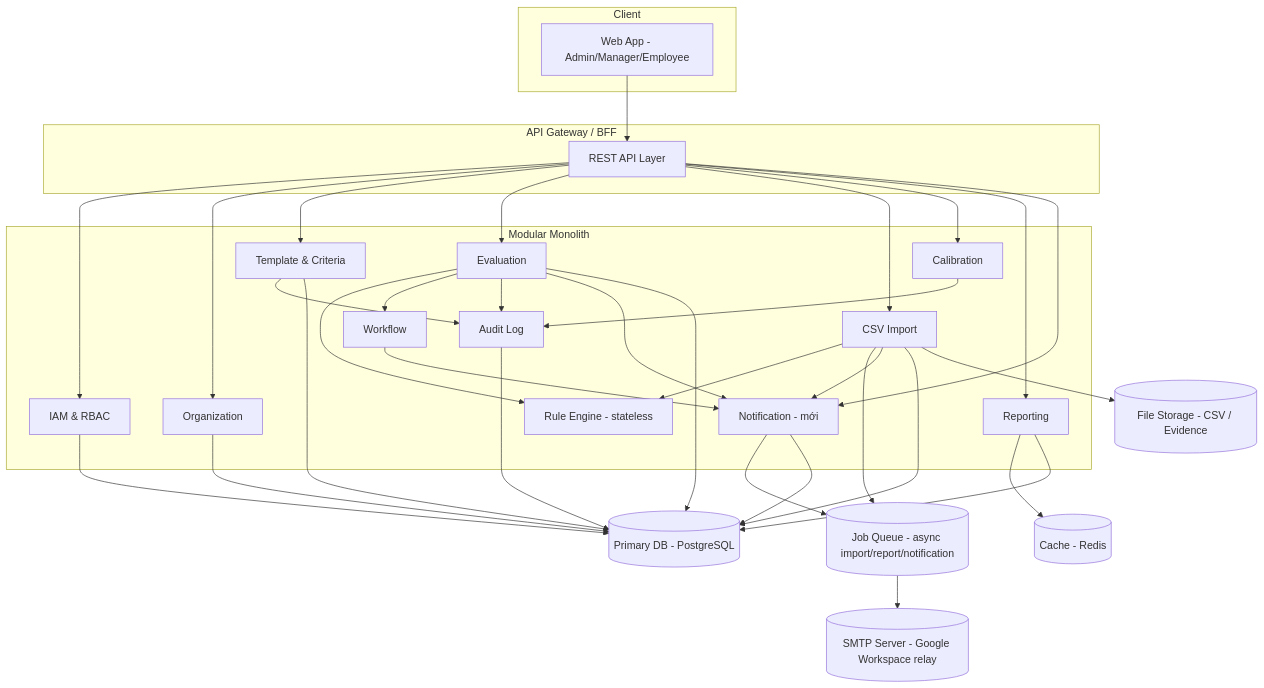
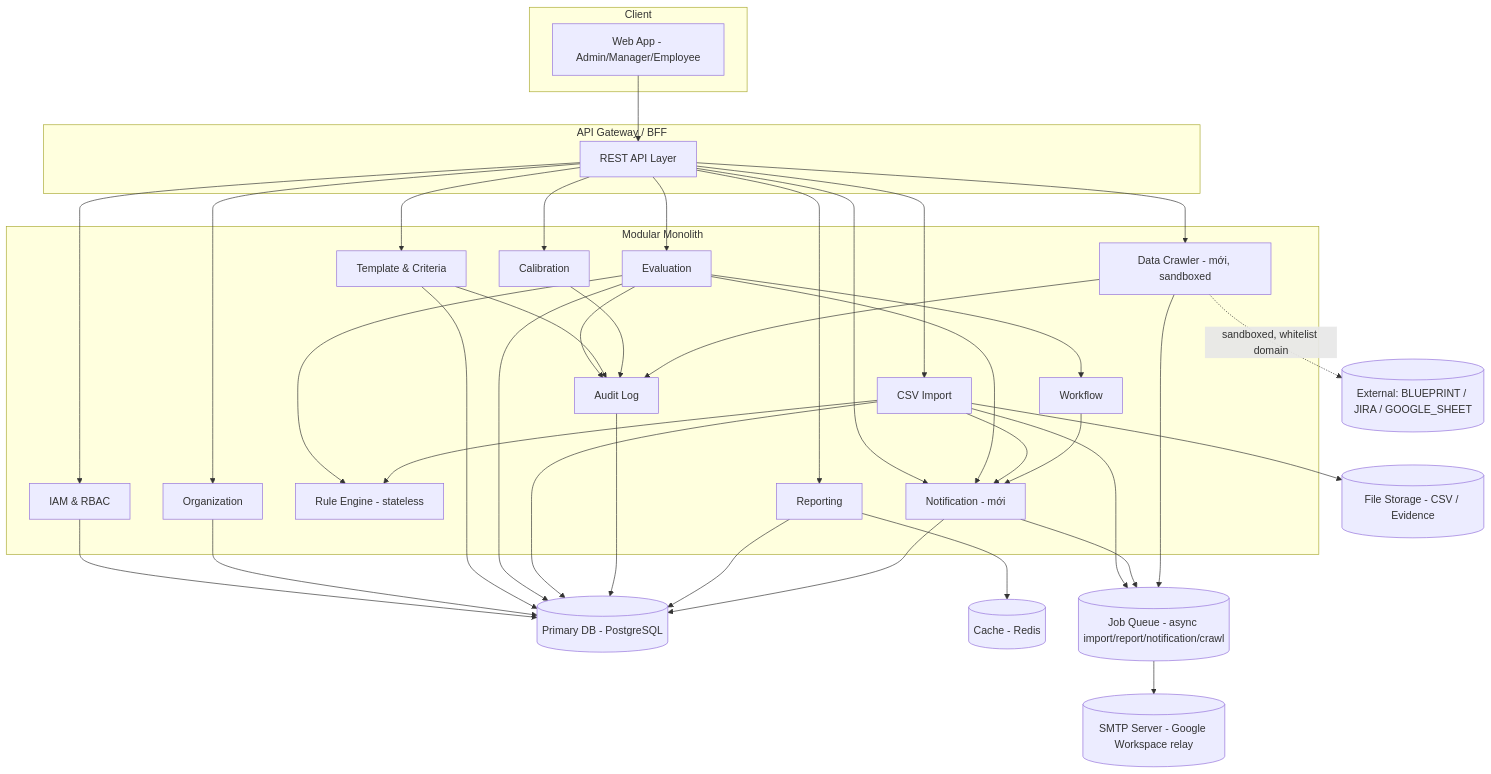
Before and after one commit to PhuocNT93/kpi-system: the first of 9 diagrams in docs/LLD_Employee_Performance_Evaluation_System.md, drawn with Mermaid. The commit also changed other lines of this file and 20 other files, not shown here.

````diff
--- a/docs/LLD_Employee_Performance_Evaluation_System.md
+++ b/docs/LLD_Employee_Performance_Evaluation_System.md
@@ -146,64 +151,70 @@
 ```mermaid
 flowchart TB
     subgraph Client
         WebApp[Web App - Admin/Manager/Employee]
     end
 
     subgraph API["API Gateway / BFF"]
         GW[REST API Layer]
     end
 
     subgraph Core["Modular Monolith"]
         IAM[IAM & RBAC]
         ORG[Organization]
         TPL[Template & Criteria]
         EVAL[Evaluation]
         RULE[Rule Engine - stateless]
         IMPORT[CSV Import]
         WF[Workflow]
         CAL[Calibration]
         AUDIT[Audit Log]
         REPORT[Reporting]
         NOTIF[Notification - mới]
+        CRAWL[Data Crawler - mới, sandboxed]
     end
 
     DB[(Primary DB - PostgreSQL)]
     FILE[(File Storage - CSV / Evidence)]
     CACHE[(Cache - Redis)]
-    QUEUE[(Job Queue - async import/report/notification)]
+    QUEUE[(Job Queue - async import/report/notification/crawl)]
     SMTP[(SMTP Server - Google Workspace relay)]
+    EXTSRC[(External: BLUEPRINT / JIRA / GOOGLE_SHEET)]
 
     WebApp --> GW
     GW --> IAM
     GW --> ORG
     GW --> TPL
     GW --> EVAL
     GW --> IMPORT
     GW --> CAL
     GW --> REPORT
     GW --> NOTIF
+    GW --> CRAWL
 
     EVAL --> RULE
     IMPORT --> RULE
     EVAL --> WF
     EVAL --> AUDIT
     TPL --> AUDIT
     CAL --> AUDIT
     IMPORT --> QUEUE
     REPORT --> CACHE
     EVAL --> NOTIF
     IMPORT --> NOTIF
     WF --> NOTIF
     NOTIF --> QUEUE
     QUEUE --> SMTP
+    CRAWL --> QUEUE
+    CRAWL -.sandboxed, whitelist domain.-> EXTSRC
+    CRAWL --> AUDIT
 
     IAM --> DB
     ORG --> DB
     TPL --> DB
     EVAL --> DB
     IMPORT --> DB
     IMPORT --> FILE
     AUDIT --> DB
     REPORT --> DB
     NOTIF --> DB
 ```
````
